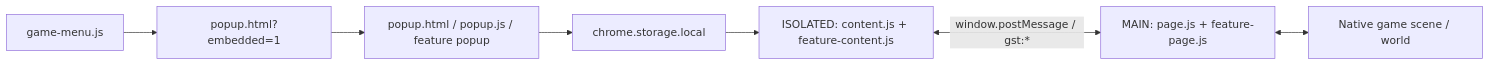
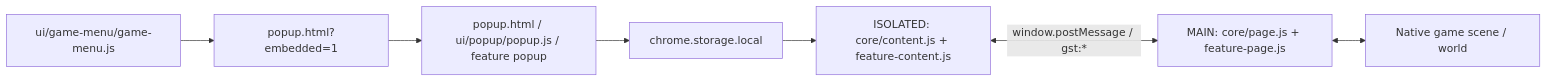
One commit to ThagMilky/game-speed-tester changed the first of 2 diagrams in CODEGRAPH.md. Above: the diagram before and after it, drawn with Mermaid. The commit also changed other lines of this file and 81 other files, not shown here.

````diff
--- a/CODEGRAPH.md
+++ b/CODEGRAPH.md
@@ -33,9 +33,9 @@
 ```mermaid
 flowchart LR
-  P["popup.html / popup.js / feature popup"] --> S["chrome.storage.local"]
-  S --> I["ISOLATED: content.js + feature-content.js"]
-  I <-->|"window.postMessage / gst:*"| M["MAIN: page.js + feature-page.js"]
+  P["popup.html / ui/popup/popup.js / feature popup"] --> S["chrome.storage.local"]
+  S --> I["ISOLATED: core/content.js + feature-content.js"]
+  I <-->|"window.postMessage / gst:*"| M["MAIN: core/page.js + feature-page.js"]
   M <--> G["Native game scene / world"]
-  X["game-menu.js"] --> E["popup.html?embedded=1"]
+  X["ui/game-menu/game-menu.js"] --> E["popup.html?embedded=1"]
   E --> P
 ```
````
